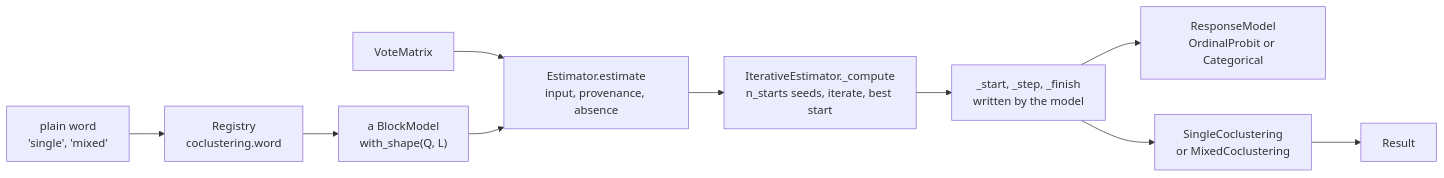
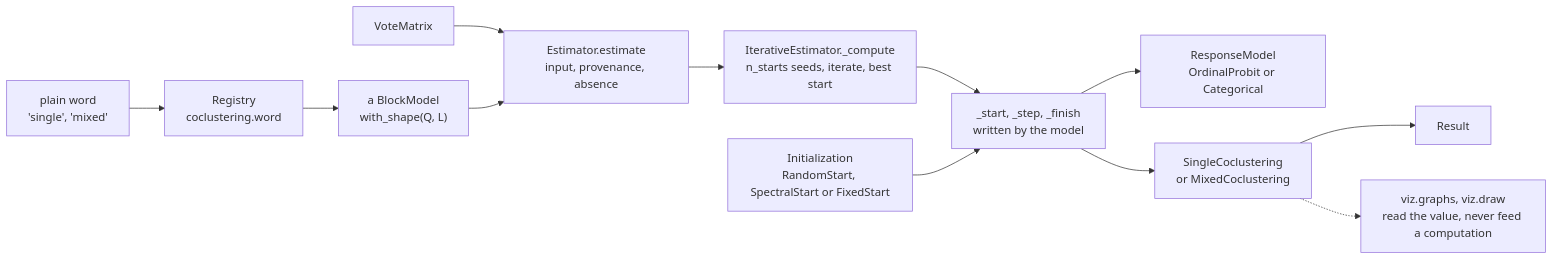
Before and after one commit to civiqhub/civiqhub-selene: the second of 2 diagrams in docs/architecture.md, drawn with Mermaid. The commit also changed other lines of this file and 10 other files, not shown here.

First line of the commit message:
docs: document the spectral start, the MM-OLBM, the figures and the examples

````diff
--- a/docs/architecture.md
+++ b/docs/architecture.md
@@ -84,12 +90,14 @@
 ```mermaid
 flowchart LR
   word["plain word<br>'single', 'mixed'"] --> registry["Registry<br>coclustering.word"]
   registry --> model["a BlockModel<br>with_shape(Q, L)"]
   votes["VoteMatrix"] --> estimate["Estimator.estimate<br>input, provenance, absence"]
   model --> estimate
   estimate --> loop["IterativeEstimator._compute<br>n_starts seeds, iterate, best start"]
   loop --> hooks["_start, _step, _finish<br>written by the model"]
+  start["Initialization<br>RandomStart, SpectralStart or FixedStart"] --> hooks
   hooks --> response["ResponseModel<br>OrdinalProbit or Categorical"]
   hooks --> value["SingleCoclustering<br>or MixedCoclustering"]
   value --> result["Result"]
+  value -.-> viz["viz.graphs, viz.draw<br>read the value, never feed a computation"]
 ```
````
